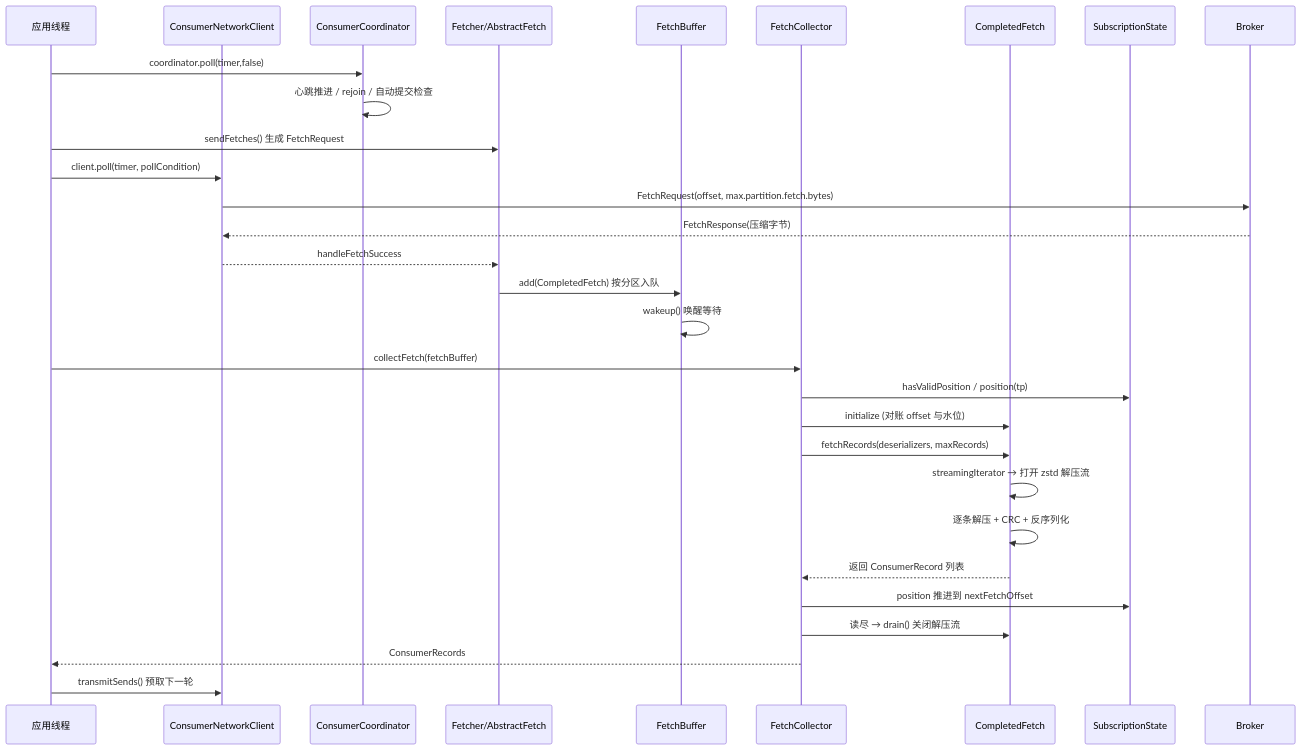
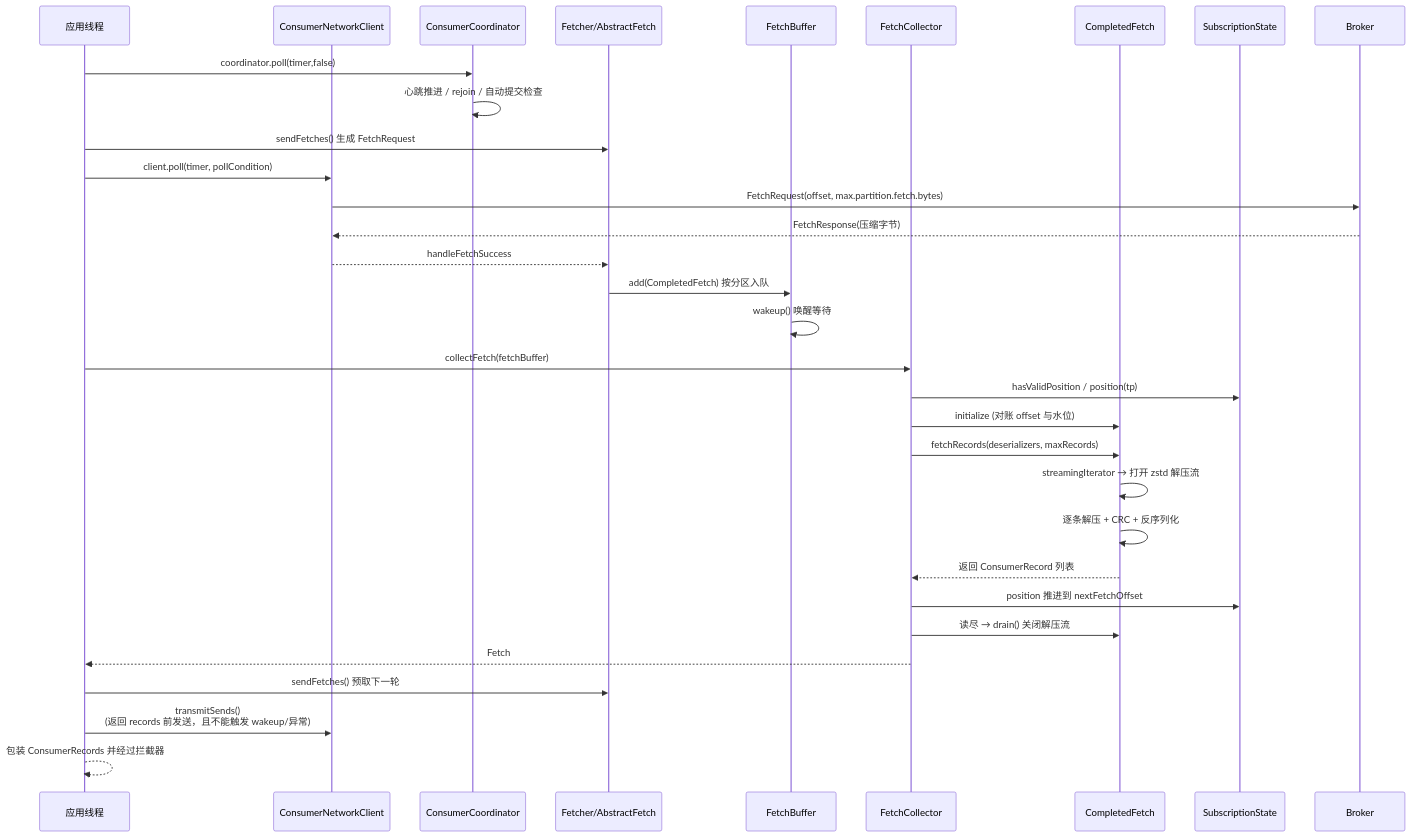
One commit to asprial-moon/kafka changed the tenth of 13 diagrams in clients/src/main/resources/KafkaConsumer消费链路源码解析.md. Above: the diagram before and after it, drawn with Mermaid. The commit also changed other lines of this file and 1 other file, not shown here.

````diff
--- a/clients/src/main/resources/KafkaConsumer消费链路源码解析.md
+++ b/clients/src/main/resources/KafkaConsumer消费链路源码解析.md
@@ -1186,33 +1204,35 @@
 ```mermaid
 sequenceDiagram
     participant APP as 应用线程
     participant CNC as ConsumerNetworkClient
     participant COORD as ConsumerCoordinator
     participant FET as Fetcher/AbstractFetch
     participant FB as FetchBuffer
     participant FCO as FetchCollector
     participant CF as CompletedFetch
     participant SS as SubscriptionState
     participant BRK as Broker
 
     APP->>COORD: coordinator.poll(timer,false)
     COORD->>COORD: 心跳推进 / rejoin / 自动提交检查
     APP->>FET: sendFetches() 生成 FetchRequest
     APP->>CNC: client.poll(timer, pollCondition)
     CNC->>BRK: FetchRequest(offset, max.partition.fetch.bytes)
     BRK-->>CNC: FetchResponse(压缩字节)
     CNC-->>FET: handleFetchSuccess
     FET->>FB: add(CompletedFetch) 按分区入队
     FB->>FB: wakeup() 唤醒等待
     APP->>FCO: collectFetch(fetchBuffer)
     FCO->>SS: hasValidPosition / position(tp)
     FCO->>CF: initialize (对账 offset 与水位)
     FCO->>CF: fetchRecords(deserializers, maxRecords)
     CF->>CF: streamingIterator → 打开 zstd 解压流
     CF->>CF: 逐条解压 + CRC + 反序列化
     CF-->>FCO: 返回 ConsumerRecord 列表
     FCO->>SS: position 推进到 nextFetchOffset
     FCO->>CF: 读尽 → drain() 关闭解压流
-    FCO-->>APP: ConsumerRecords
-    APP->>CNC: transmitSends() 预取下一轮
+    FCO-->>APP: Fetch
+    APP->>FET: sendFetches() 预取下一轮
+    APP->>CNC: transmitSends()<br/>(返回 records 前发送，且不能触发 wakeup/异常)
+    APP-->>APP: 包装 ConsumerRecords 并经过拦截器
 ```
````
